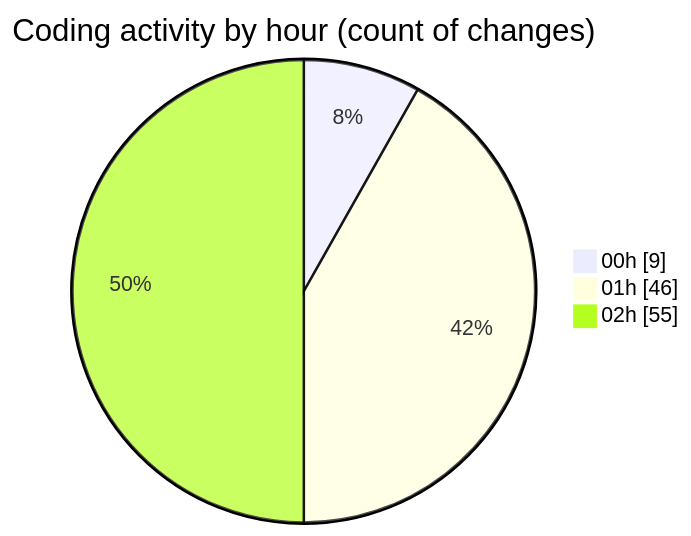
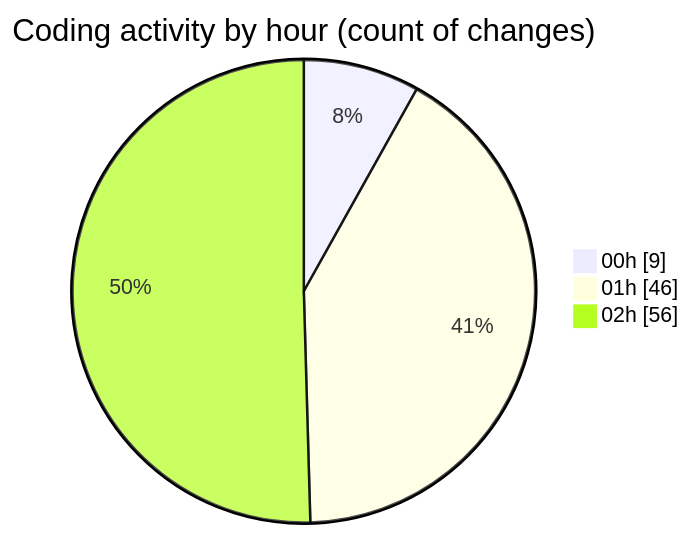
One commit to julien-gomy/code-tracking changed the second of 2 diagrams in 2025-11-18/eventscop-frontend-guide__workspace_/README.md. Above: the diagram before and after it, drawn with Mermaid. The commit also changed other lines of this file and 1 other file, not shown here.

````diff
--- a/2025-11-18/eventscop-frontend-guide__workspace_/README.md
+++ b/2025-11-18/eventscop-frontend-guide__workspace_/README.md
@@ -50,7 +50,7 @@
 ```mermaid
 pie showData
 title Coding activity by hour (count of changes)
 "00h" : 9
 "01h" : 46
-"02h" : 55
+"02h" : 56
 ```
````
